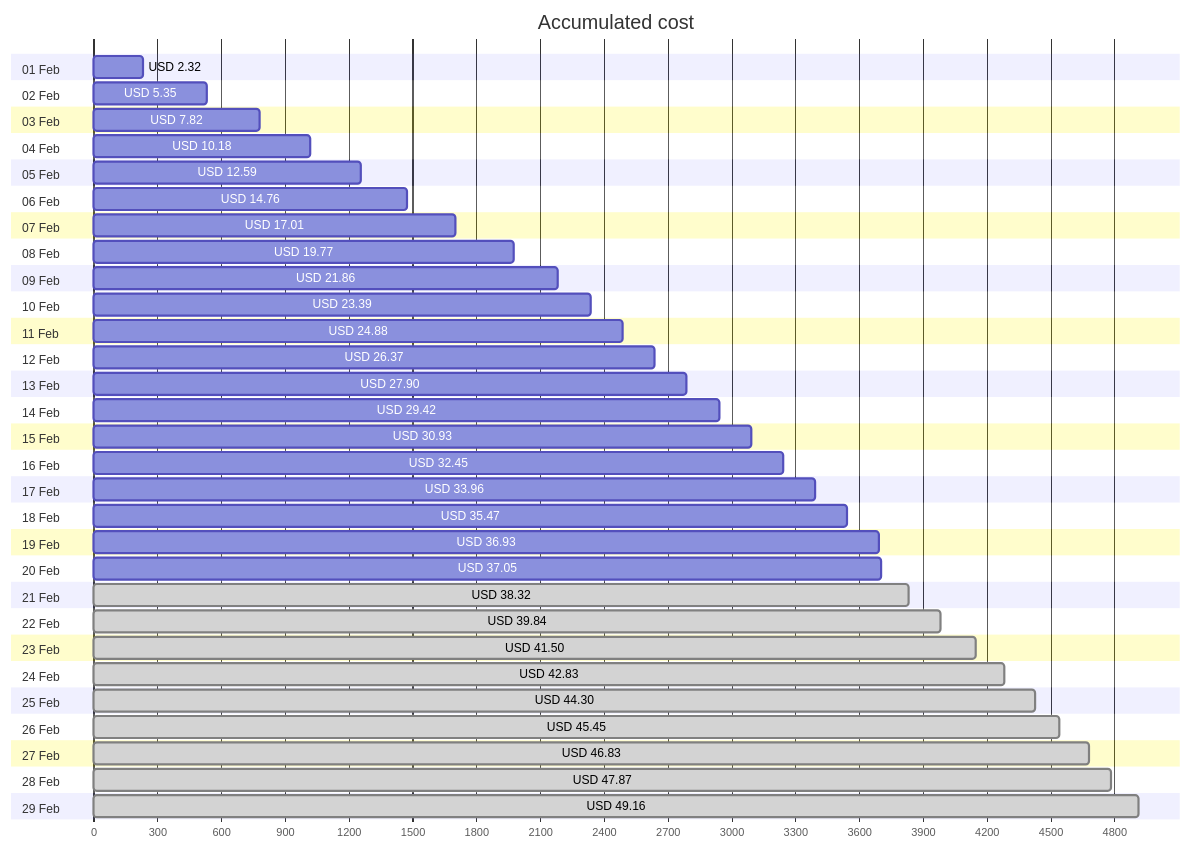
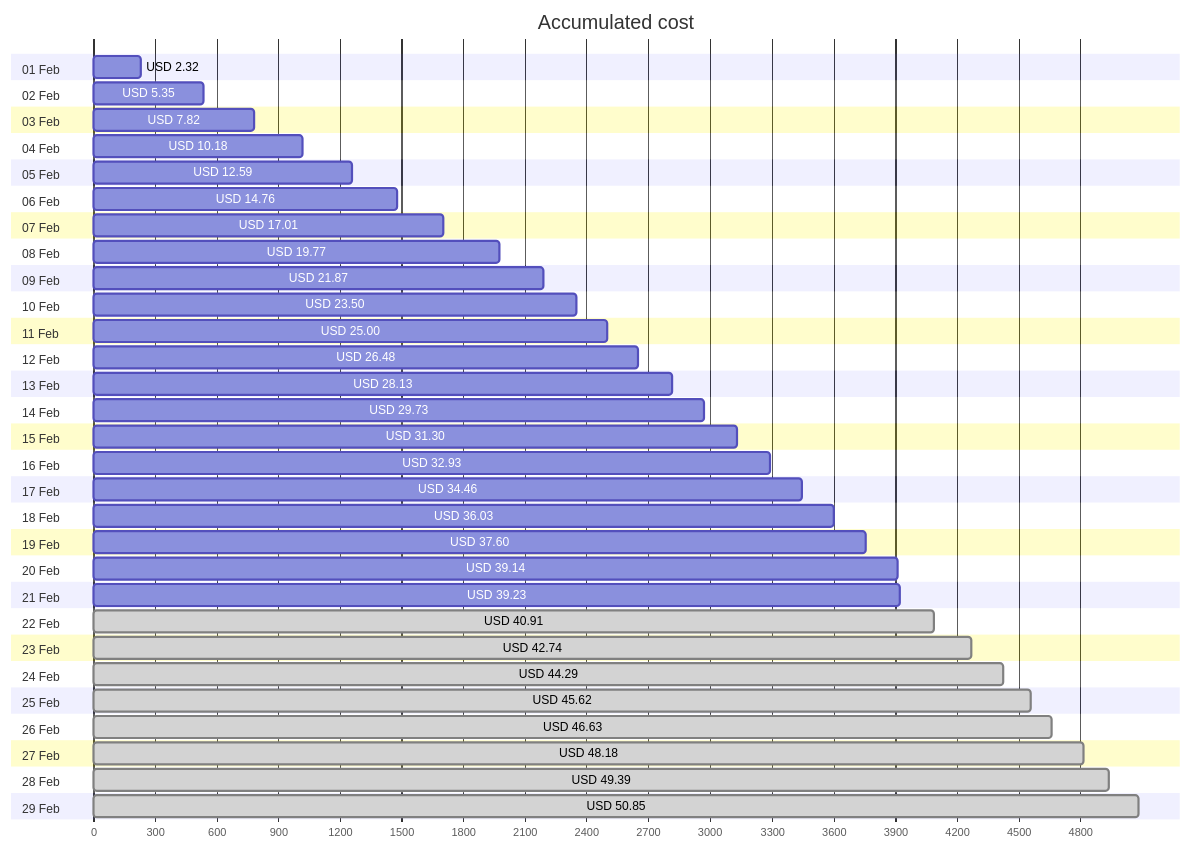
Before and after one commit to jpfulton/azure-personal-reports: the first of 4 diagrams in cost-reports/personal-network/README.md, drawn with Mermaid. The commit also changed other lines of this file and 8 other files, not shown here.

````diff
--- a/cost-reports/personal-network/README.md
+++ b/cost-reports/personal-network/README.md
@@ -20,64 +20,64 @@
 ```mermaid
 gantt
    title Accumulated cost
    dateFormat  X
    axisFormat %s
    section 01 Feb
    USD 2.32 :0, 232
    section 02 Feb
    USD 5.35 :0, 535
    section 03 Feb
    USD 7.82 :0, 782
    section 04 Feb
    USD 10.18 :0, 1018
    section 05 Feb
    USD 12.59 :0, 1259
    section 06 Feb
    USD 14.76 :0, 1476
    section 07 Feb
    USD 17.01 :0, 1701
    section 08 Feb
    USD 19.77 :0, 1977
    section 09 Feb
-   USD 21.86 :0, 2186
+   USD 21.87 :0, 2187
    section 10 Feb
-   USD 23.39 :0, 2339
+   USD 23.50 :0, 2350
    section 11 Feb
-   USD 24.88 :0, 2488
+   USD 25.00 :0, 2500
    section 12 Feb
-   USD 26.37 :0, 2637
+   USD 26.48 :0, 2648
    section 13 Feb
-   USD 27.90 :0, 2790
+   USD 28.13 :0, 2813
    section 14 Feb
-   USD 29.42 :0, 2942
+   USD 29.73 :0, 2973
    section 15 Feb
-   USD 30.93 :0, 3093
+   USD 31.30 :0, 3130
    section 16 Feb
-   USD 32.45 :0, 3245
+   USD 32.93 :0, 3293
    section 17 Feb
-   USD 33.96 :0, 3396
+   USD 34.46 :0, 3446
    section 18 Feb
-   USD 35.47 :0, 3547
+   USD 36.03 :0, 3603
    section 19 Feb
-   USD 36.93 :0, 3693
+   USD 37.60 :0, 3760
    section 20 Feb
-   USD 37.05 :0, 3705
+   USD 39.14 :0, 3914
    section 21 Feb
-   USD 38.32 : done, 0, 3832
+   USD 39.23 :0, 3923
    section 22 Feb
-   USD 39.84 : done, 0, 3984
+   USD 40.91 : done, 0, 4091
    section 23 Feb
-   USD 41.50 : done, 0, 4150
+   USD 42.74 : done, 0, 4274
    section 24 Feb
-   USD 42.83 : done, 0, 4283
+   USD 44.29 : done, 0, 4429
    section 25 Feb
-   USD 44.30 : done, 0, 4430
+   USD 45.62 : done, 0, 4562
    section 26 Feb
-   USD 45.45 : done, 0, 4545
+   USD 46.63 : done, 0, 4663
    section 27 Feb
-   USD 46.83 : done, 0, 4683
+   USD 48.18 : done, 0, 4818
    section 28 Feb
-   USD 47.87 : done, 0, 4787
+   USD 49.39 : done, 0, 4939
    section 29 Feb
-   USD 49.16 : done, 0, 4916
+   USD 50.85 : done, 0, 5085
 ```
````
